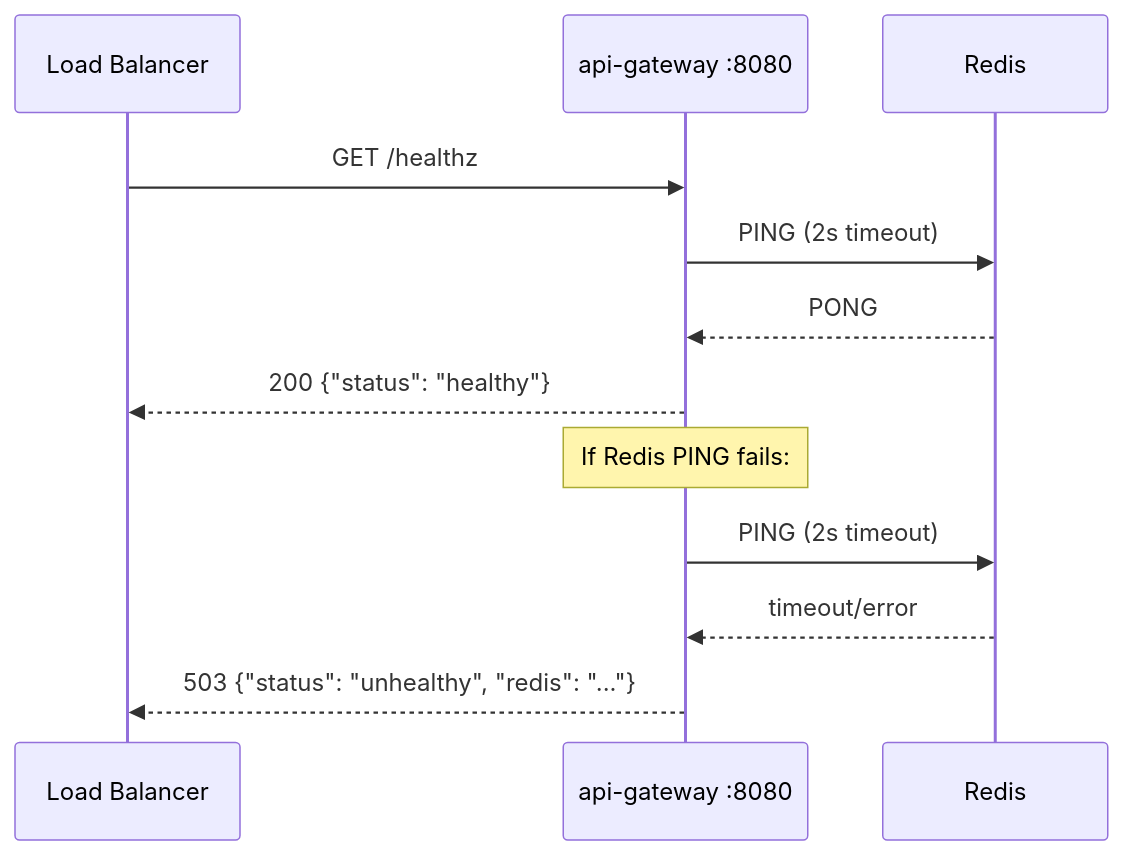
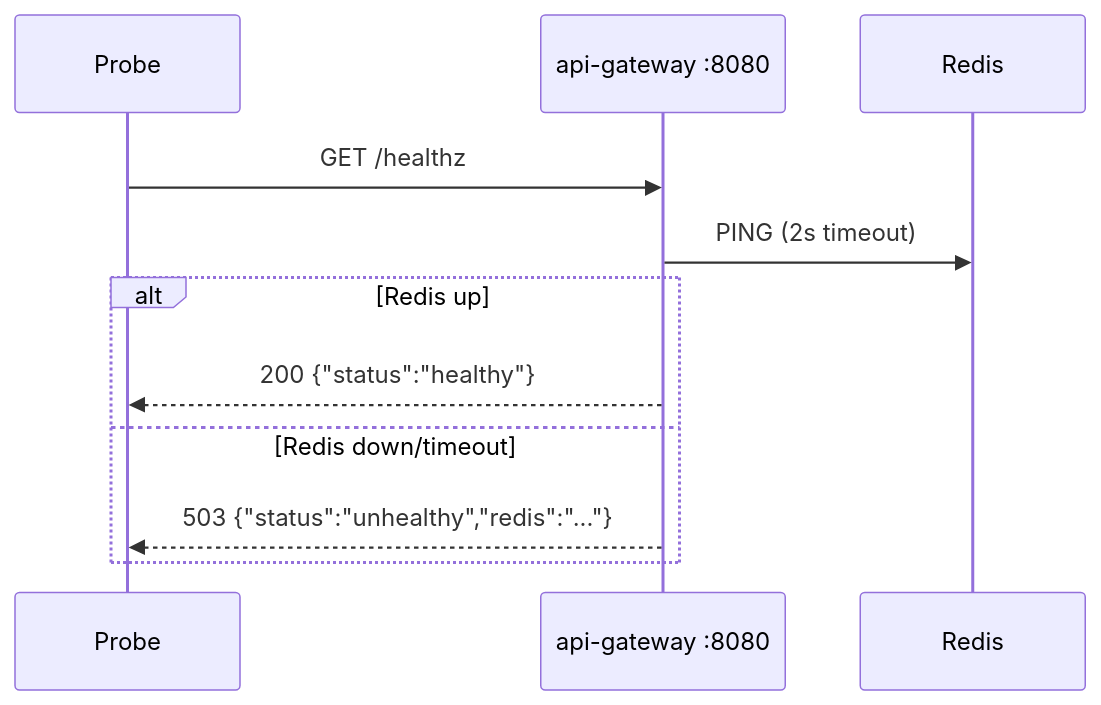
One commit to Prachidubey2003/fyredocs_backend changed the seventh of 7 diagrams in docs/developer/mermaid/service-api-gateway-sequence.md. Above: the diagram before and after it, drawn with Mermaid. The commit also changed other lines of this file and 39 other files, not shown here.

````diff
--- a/docs/developer/mermaid/service-api-gateway-sequence.md
+++ b/docs/developer/mermaid/service-api-gateway-sequence.md
@@ -83,20 +133,14 @@
 ```mermaid
 sequenceDiagram
-    participant LB as Load Balancer
+    participant LB as Probe
     participant GW as api-gateway :8080
     participant Redis
 
     LB->>GW: GET /healthz
-
     GW->>Redis: PING (2s timeout)
-    Redis-->>GW: PONG
-
-    GW-->>LB: 200 {"status": "healthy"}
-
-    Note over GW: If Redis PING fails:
-
-    GW->>Redis: PING (2s timeout)
-    Redis-->>GW: timeout/error
-
-    GW-->>LB: 503 {"status": "unhealthy", "redis": "..."}
+    alt Redis up
+        GW-->>LB: 200 {"status":"healthy"}
+    else Redis down/timeout
+        GW-->>LB: 503 {"status":"unhealthy","redis":"..."}
+    end
 ```
````
